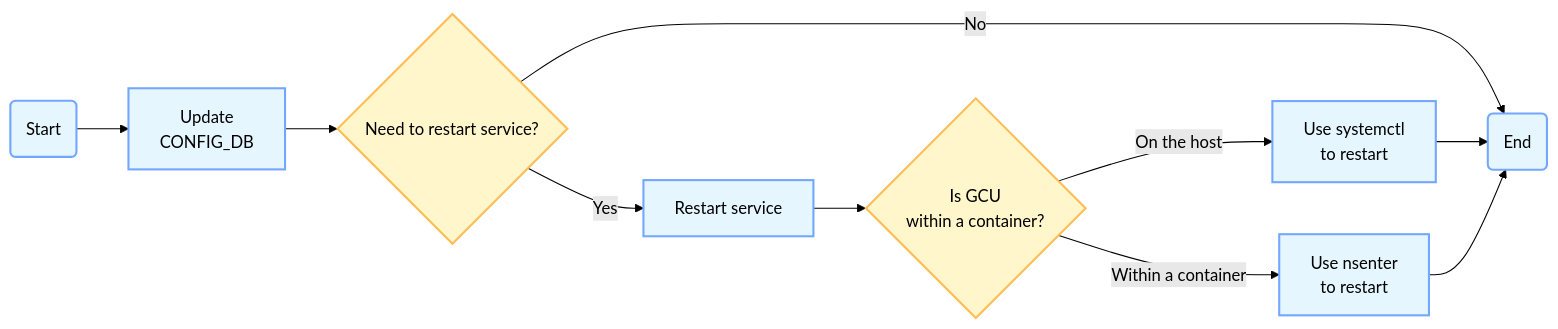
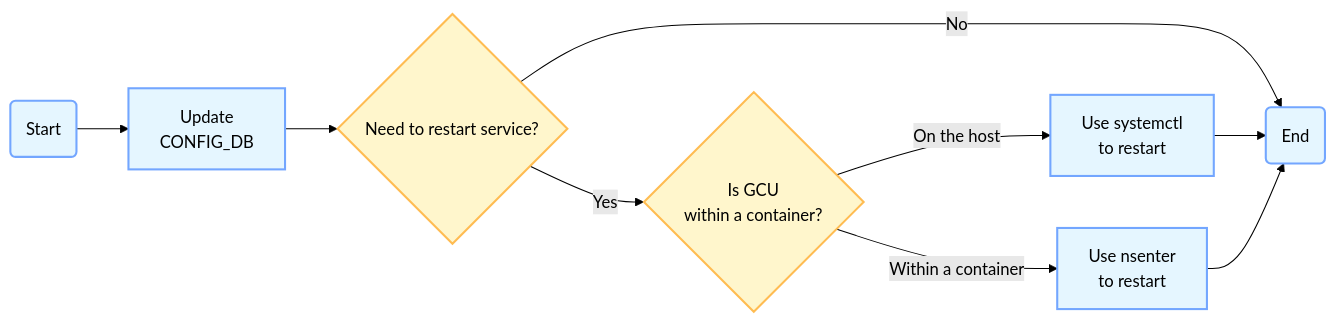
One commit to ganglyu/mermaid changed the diagram in gcu_flowchart.md. Above: the diagram before and after it, drawn with Mermaid (forest theme).

````diff
--- a/gcu_flowchart.md
+++ b/gcu_flowchart.md
@@ -1,15 +1,14 @@
 ```mermaid
 flowchart LR
     classDef process fill:#E5F6FF,stroke:#73A6FF,stroke-width:2px;
     classDef decision fill:#FFF6CC,stroke:#FFBC52,stroke-width:2px;
     Start(Start):::process --> UpdateDB[Update<br>CONFIG_DB]:::process
     UpdateDB --> UpdateService{Need to restart service?}:::decision
     UpdateService --> |No|End(End):::process
-    UpdateService --> |Yes|Restart[Restart service]:::process
-    Restart --> InContainer{Is GCU<br>within a container?}:::decision
+    UpdateService --> |Yes|InContainer{Is GCU<br>within a container?}:::decision
     InContainer --> |On the host|Systemctl[Use systemctl<br>to restart]:::process
     InContainer --> |Within a container|Nsenter[Use nsenter<br>to restart]:::process
     Systemctl --> End
     Nsenter --> End
     %%linkStyle 0 stroke:#ff3,stroke-width:4px;
 ```
````
